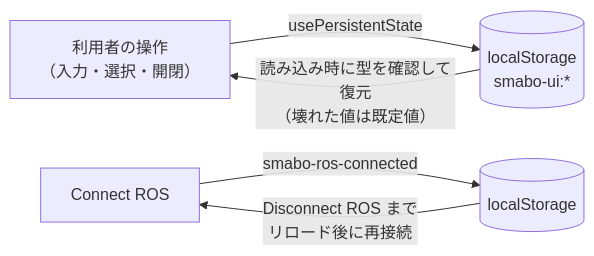
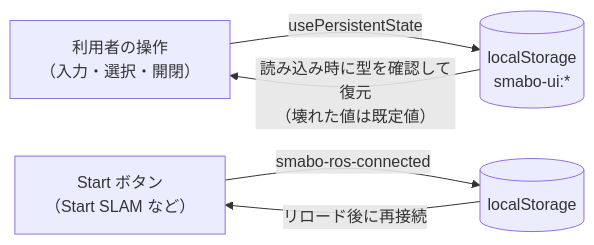
One commit to smabo-smartphone-robot/smabo-smartphone-robot.github.io changed the eighth of 39 diagrams in astro/src/content/docs/architecture/design.md. Above: the diagram before and after it, drawn with Mermaid. The commit also changed other lines of this file and 41 other files, not shown here.

```diff
--- a/astro/src/content/docs/architecture/design.md
+++ b/astro/src/content/docs/architecture/design.md
@@ -508,7 +508,7 @@
 <pre class="mermaid">
 flowchart LR
     ui["利用者の操作&lt;br/&gt;（入力・選択・開閉）"] --&gt;|"usePersistentState"| ls[("localStorage&lt;br/&gt;smabo-ui:*")]
     ls --&gt;|"読み込み時に型を確認して復元&lt;br/&gt;（壊れた値は既定値）"| ui
-    ros["Connect ROS"] --&gt;|"smabo-ros-connected"| ls2[("localStorage")]
-    ls2 --&gt;|"Disconnect ROS まで&lt;br/&gt;リロード後に再接続"| ros
+    ros["Start ボタン&lt;br/&gt;（Start SLAM など）"] --&gt;|"smabo-ros-connected"| ls2[("localStorage")]
+    ls2 --&gt;|"リロード後に再接続"| ros
 </pre>
```
